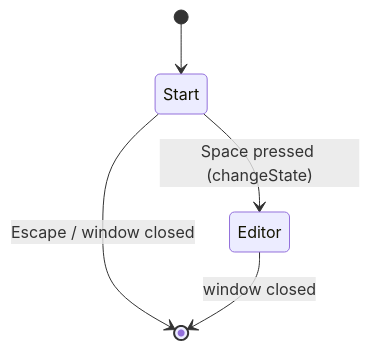
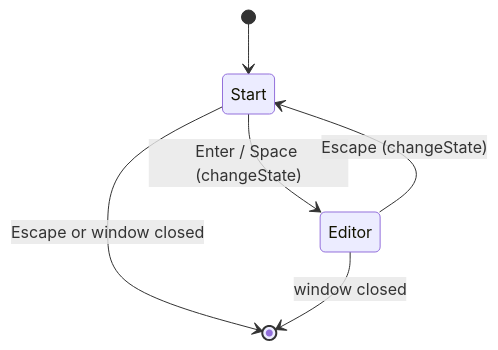
Before and after one commit to LeoMart12345/IsometricSFMLgame: the third of 6 diagrams in docs/ARCHITECTURE.md, drawn with Mermaid. The commit also changed other lines of this file and 2 other files, not shown here.

First line of the commit message:
docs: document the new layout, build steps and architecture

````diff
--- a/docs/ARCHITECTURE.md
+++ b/docs/ARCHITECTURE.md
@@ -128,7 +178,8 @@
 ```mermaid
 stateDiagram-v2
     [*] --> Start
-    Start --> Editor : Space pressed (changeState)
-    Start --> [*] : Escape / window closed
+    Start --> Editor : Enter / Space (changeState)
+    Start --> [*] : Escape or window closed
+    Editor --> Start : Escape (changeState)
     Editor --> [*] : window closed
 ```
````
